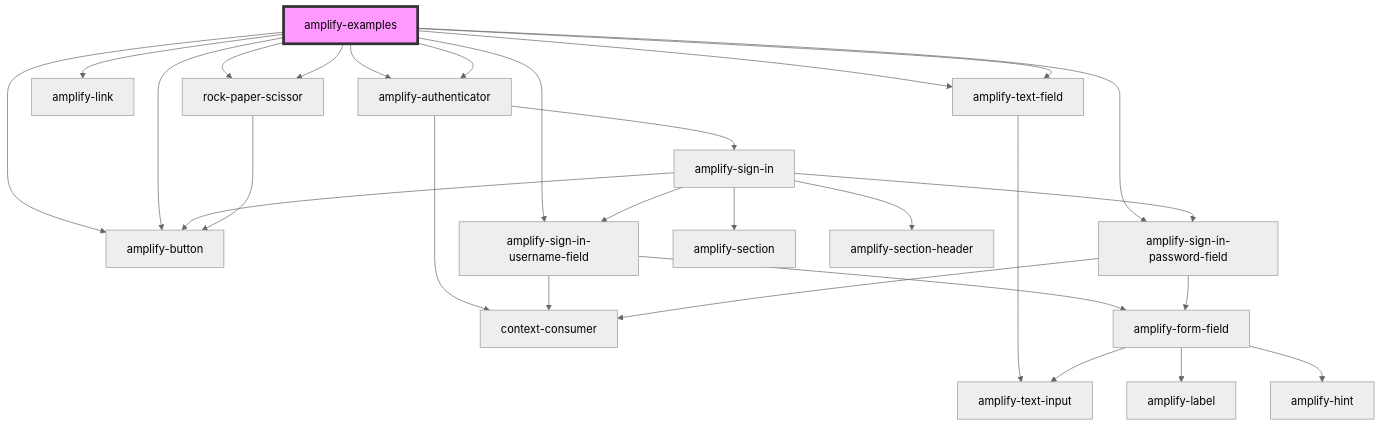
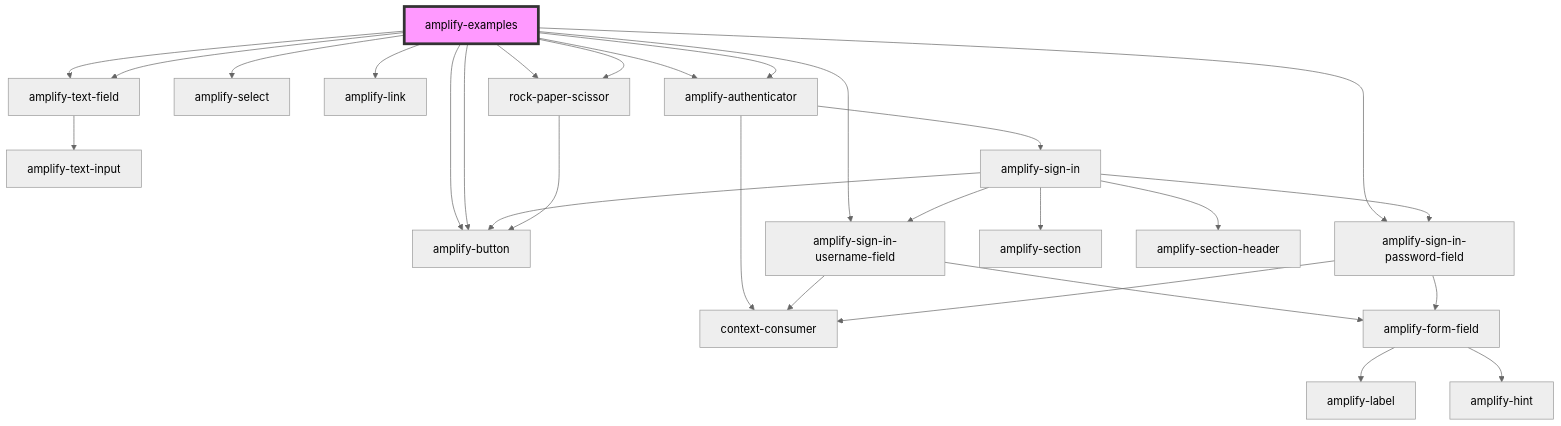
One commit to OneDev0411/amplify-js changed the diagram in packages/amplify-ui-components/src/components/amplify-examples/readme.md. Above: the diagram before and after it, drawn with Mermaid (neutral theme). The commit also changed other lines of this file and 23 other files, not shown here.

Commit message:
Add checkbox, radio, select comps, update form field

````diff
--- a/packages/amplify-ui-components/src/components/amplify-examples/readme.md
+++ b/packages/amplify-ui-components/src/components/amplify-examples/readme.md
@@ -25,31 +26,31 @@
 ```mermaid
 graph TD;
   amplify-examples --> amplify-text-field
   amplify-examples --> amplify-text-field
+  amplify-examples --> amplify-select
   amplify-examples --> amplify-button
   amplify-examples --> amplify-link
   amplify-examples --> amplify-authenticator
   amplify-examples --> amplify-sign-in-username-field
   amplify-examples --> amplify-sign-in-password-field
   amplify-examples --> amplify-button
   amplify-examples --> amplify-authenticator
   amplify-examples --> rock-paper-scissor
   amplify-examples --> rock-paper-scissor
   amplify-text-field --> amplify-text-input
   amplify-authenticator --> amplify-sign-in
   amplify-authenticator --> context-consumer
   amplify-sign-in --> amplify-section
   amplify-sign-in --> amplify-section-header
   amplify-sign-in --> amplify-sign-in-username-field
   amplify-sign-in --> amplify-sign-in-password-field
   amplify-sign-in --> amplify-button
   amplify-sign-in-username-field --> amplify-form-field
   amplify-sign-in-username-field --> context-consumer
   amplify-form-field --> amplify-label
-  amplify-form-field --> amplify-text-input
   amplify-form-field --> amplify-hint
   amplify-sign-in-password-field --> amplify-form-field
   amplify-sign-in-password-field --> context-consumer
   rock-paper-scissor --> amplify-button
   style amplify-examples fill:#f9f,stroke:#333,stroke-width:4px
 ```
````
